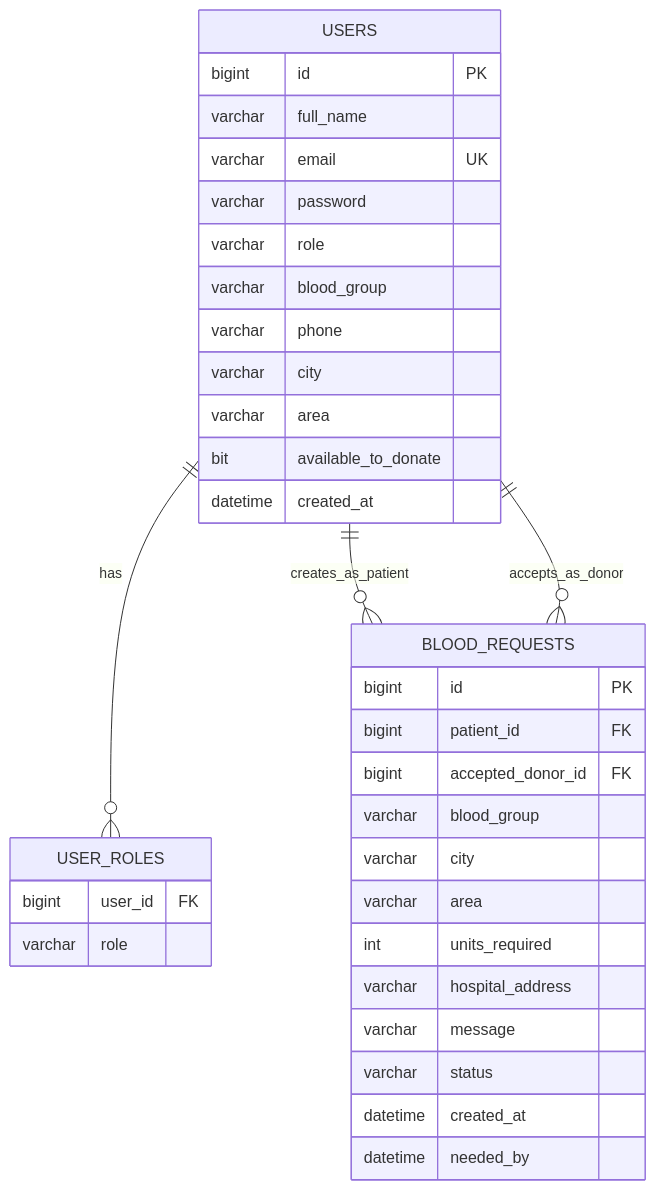
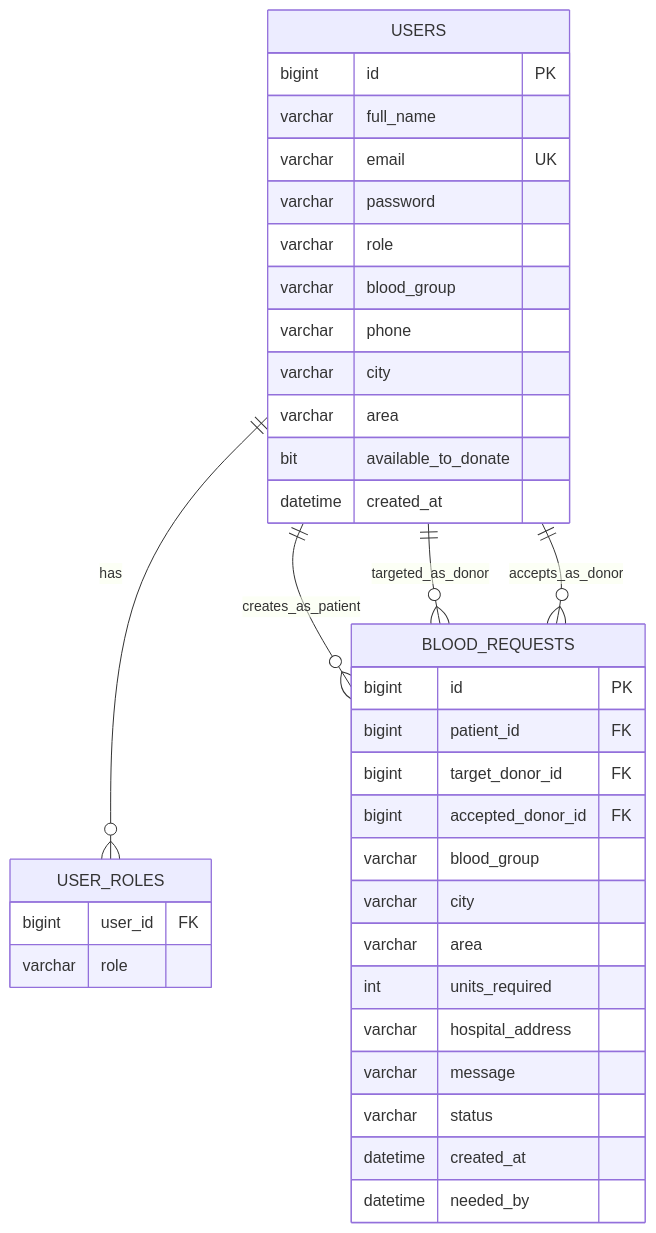
Before and after one commit to mujahidateeb/smart-blood-donor-finder: the third of 3 diagrams in PROJECT_DOCUMENTATION.md, drawn with Mermaid. The commit also changed other lines of this file and 20 other files, not shown here.

````diff
--- a/PROJECT_DOCUMENTATION.md
+++ b/PROJECT_DOCUMENTATION.md
@@ -374,40 +407,42 @@
 ```mermaid
 erDiagram
     USERS ||--o{ USER_ROLES : has
     USERS ||--o{ BLOOD_REQUESTS : creates_as_patient
+    USERS ||--o{ BLOOD_REQUESTS : targeted_as_donor
     USERS ||--o{ BLOOD_REQUESTS : accepts_as_donor
 
     USERS {
         bigint id PK
         varchar full_name
         varchar email UK
         varchar password
         varchar role
         varchar blood_group
         varchar phone
         varchar city
         varchar area
         bit available_to_donate
         datetime created_at
     }
 
     USER_ROLES {
         bigint user_id FK
         varchar role
     }
 
     BLOOD_REQUESTS {
         bigint id PK
         bigint patient_id FK
+        bigint target_donor_id FK
         bigint accepted_donor_id FK
         varchar blood_group
         varchar city
         varchar area
         int units_required
         varchar hospital_address
         varchar message
         varchar status
         datetime created_at
         datetime needed_by
     }
 ```
````
